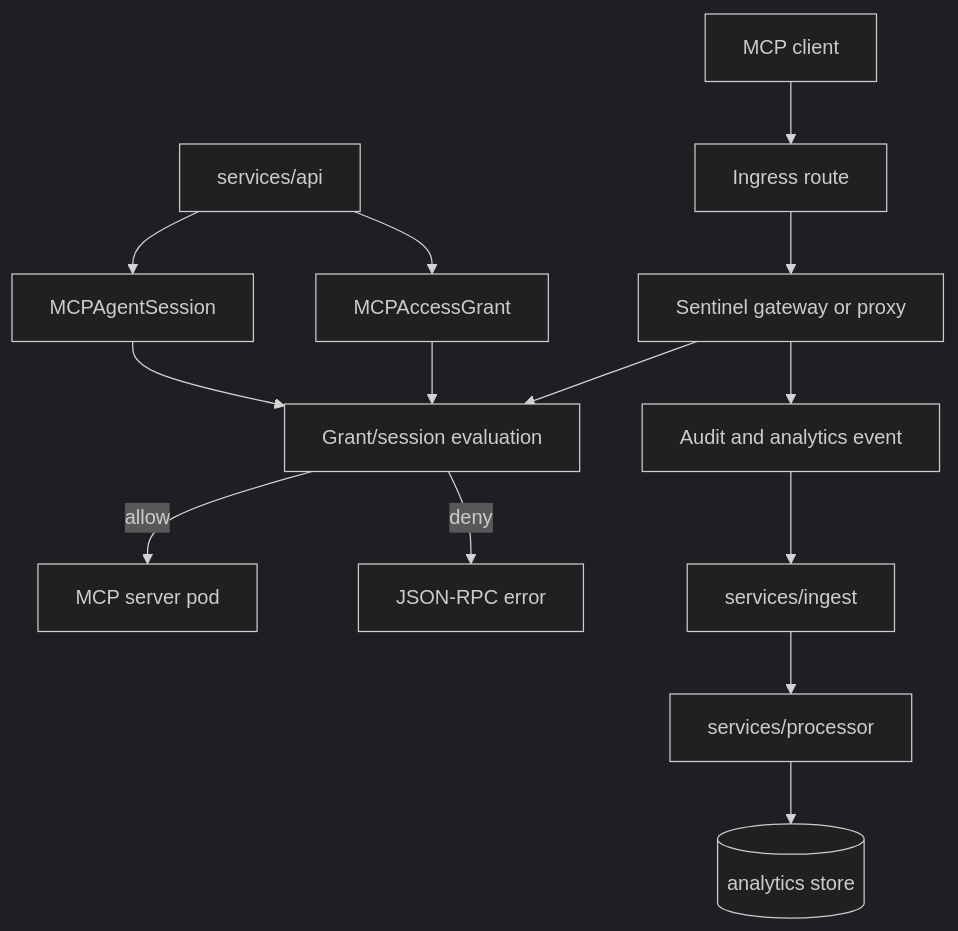
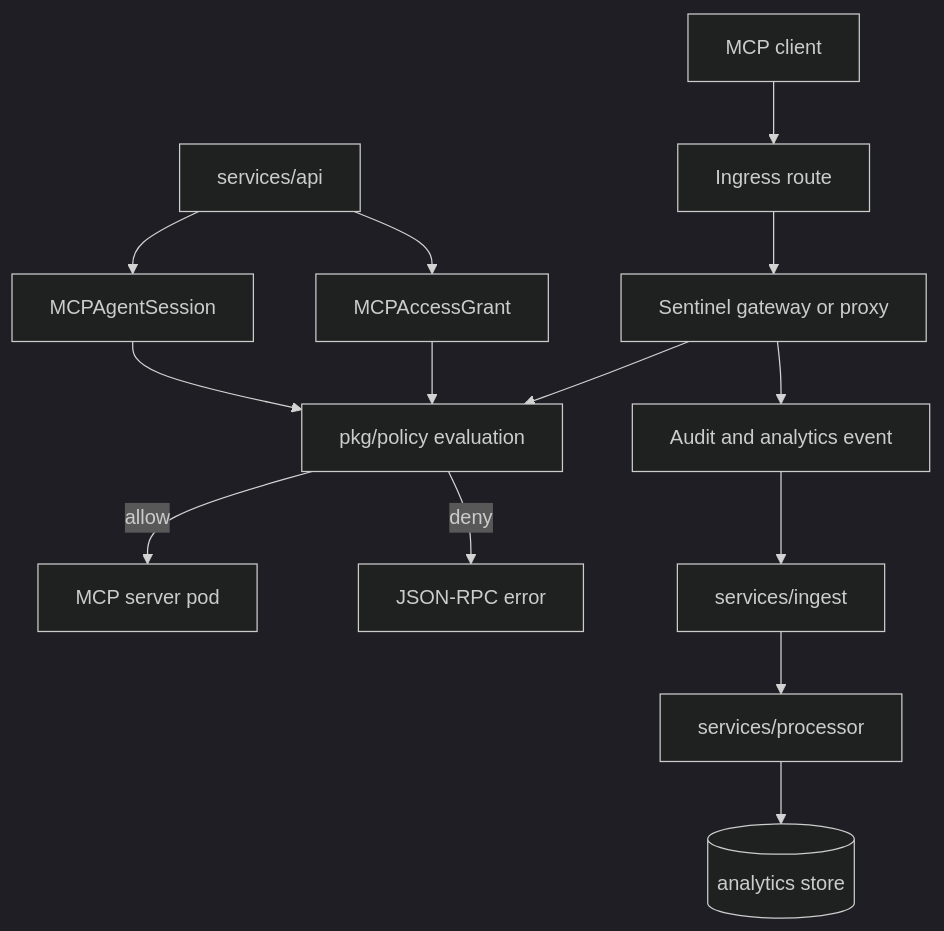
One commit to Agent-Hellboy/mcp-runtime changed the third of 4 diagrams in docs/internals/README.md. Above: the diagram before and after it, drawn with Mermaid (dark theme). The commit also changed other lines of this file and 81 other files, not shown here.

````diff
--- a/docs/internals/README.md
+++ b/docs/internals/README.md
@@ -81,16 +85,16 @@
 ```mermaid
 flowchart TD
     Client[MCP client] --> Route[Ingress route]
     Route --> Gateway[Sentinel gateway or proxy]
-    Gateway --> Authz[Grant/session evaluation]
+    Gateway --> Authz[pkg/policy evaluation]
     Authz -->|allow| Server[MCP server pod]
     Authz -->|deny| Deny[JSON-RPC error]
     Gateway --> Events[Audit and analytics event]
     Events --> Ingest[services/ingest]
     Ingest --> Processor[services/processor]
     Processor --> Analytics[(analytics store)]
     API[services/api] --> Grants[MCPAccessGrant]
     API --> Sessions[MCPAgentSession]
     Grants --> Authz
     Sessions --> Authz
 ```
````
